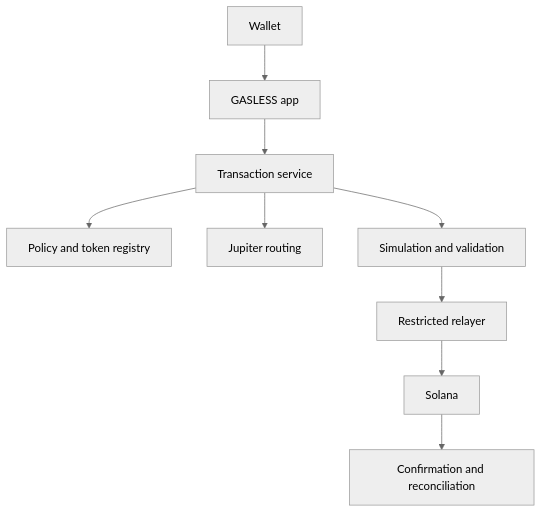
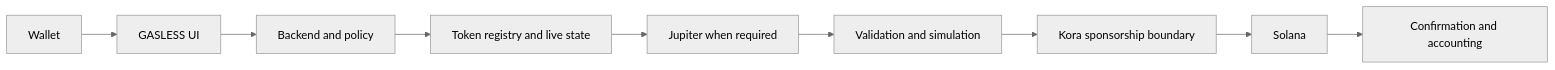
The first of 2 diagrams in docs/architecture.md (gaslessdex/gasless), drawn with Mermaid (neutral theme) before and after one commit. The commit also changed other lines of this file and 153 other files, not shown here.

Commit message:
feat: publish current GASLESS architecture and cross-chain support

````diff
--- a/docs/architecture.md
+++ b/docs/architecture.md
@@ -5,11 +7,11 @@
 ```mermaid
-flowchart TD
-  W[Wallet] --> A[GASLESS app]
-  A --> T[Transaction service]
-  T --> P[Policy and token registry]
-  T --> R[Jupiter routing]
-  T --> S[Simulation and validation]
-  S --> K[Restricted relayer]
-  K --> L[Solana]
-  L --> C[Confirmation and reconciliation]
+flowchart LR
+  W[Wallet] --> U[GASLESS UI]
+  U --> B[Backend and policy]
+  B --> R[Token registry and live state]
+  R --> J[Jupiter when required]
+  J --> V[Validation and simulation]
+  V --> K[Kora sponsorship boundary]
+  K --> S[Solana]
+  S --> C[Confirmation and accounting]
 ```
````
